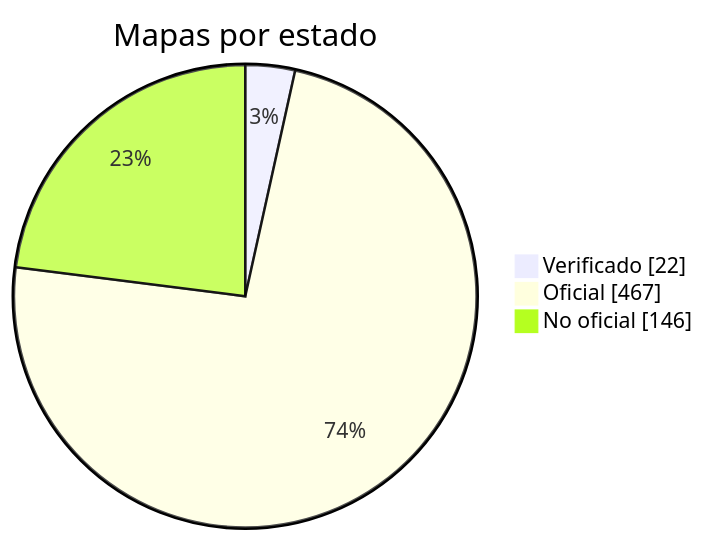
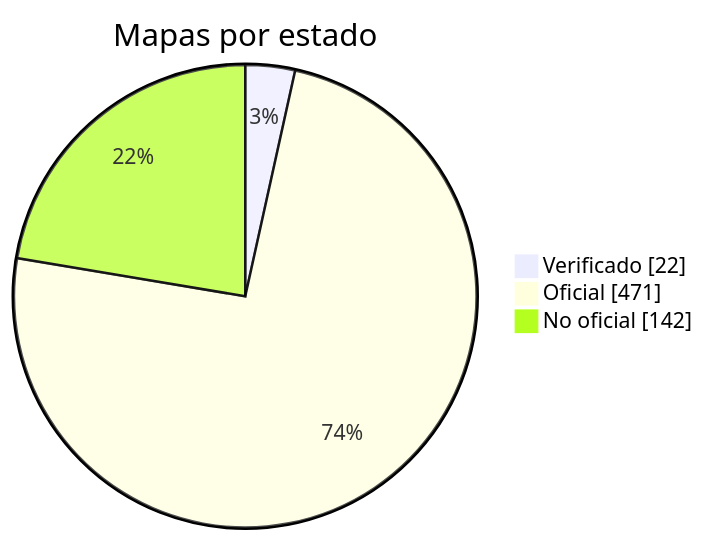
One commit to nobrega8/mbmap-library changed the diagram in docs/readme/README_ES.md. Above: the diagram before and after it, drawn with Mermaid. The commit also changed 4 other files, not shown here.

````diff
--- a/docs/readme/README_ES.md
+++ b/docs/readme/README_ES.md
@@ -54,7 +54,7 @@
 ```mermaid
 pie showData
     title Mapas por estado
     "Verificado" : 22
-    "Oficial" : 467
-    "No oficial" : 146
+    "Oficial" : 471
+    "No oficial" : 142
 ```
````
